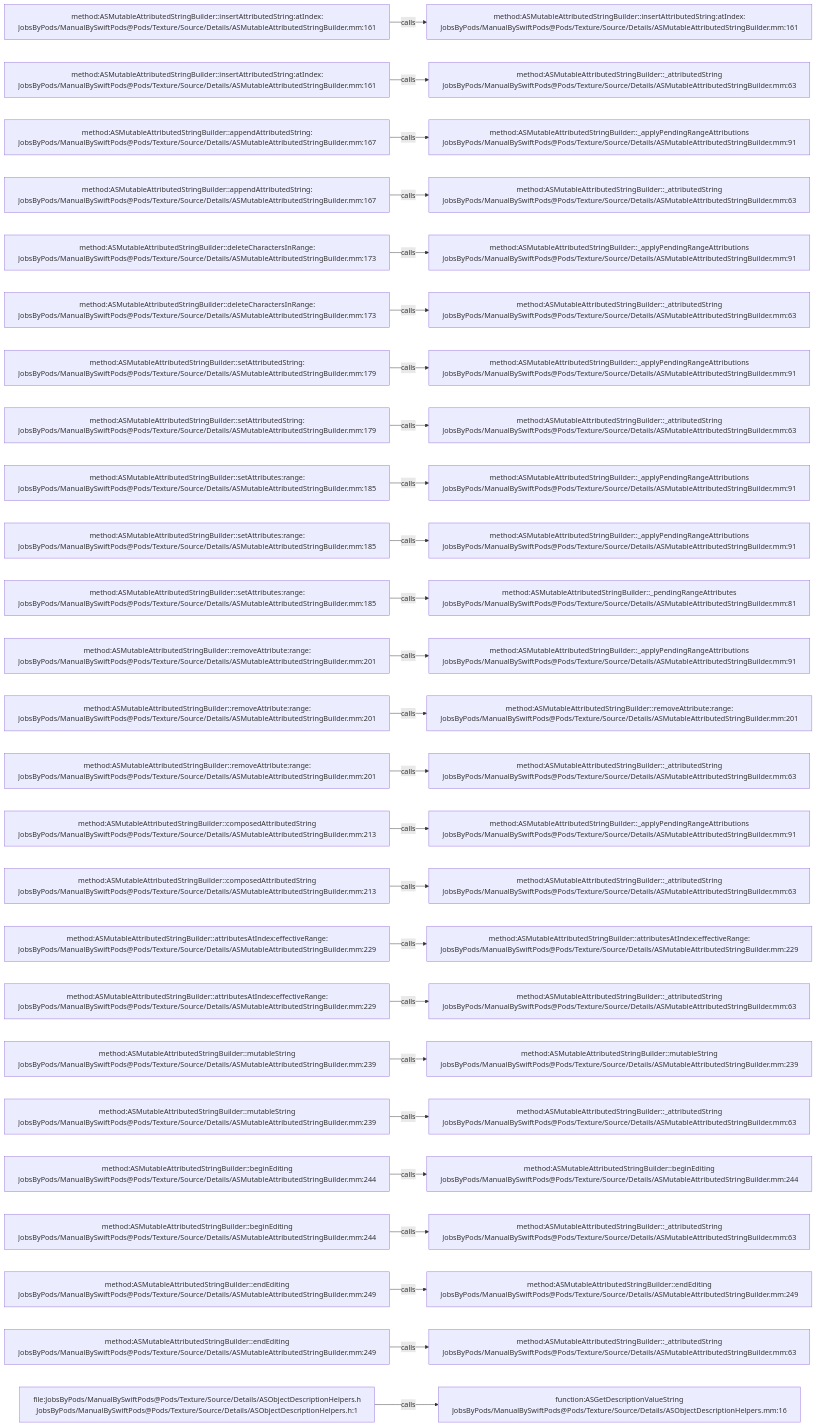
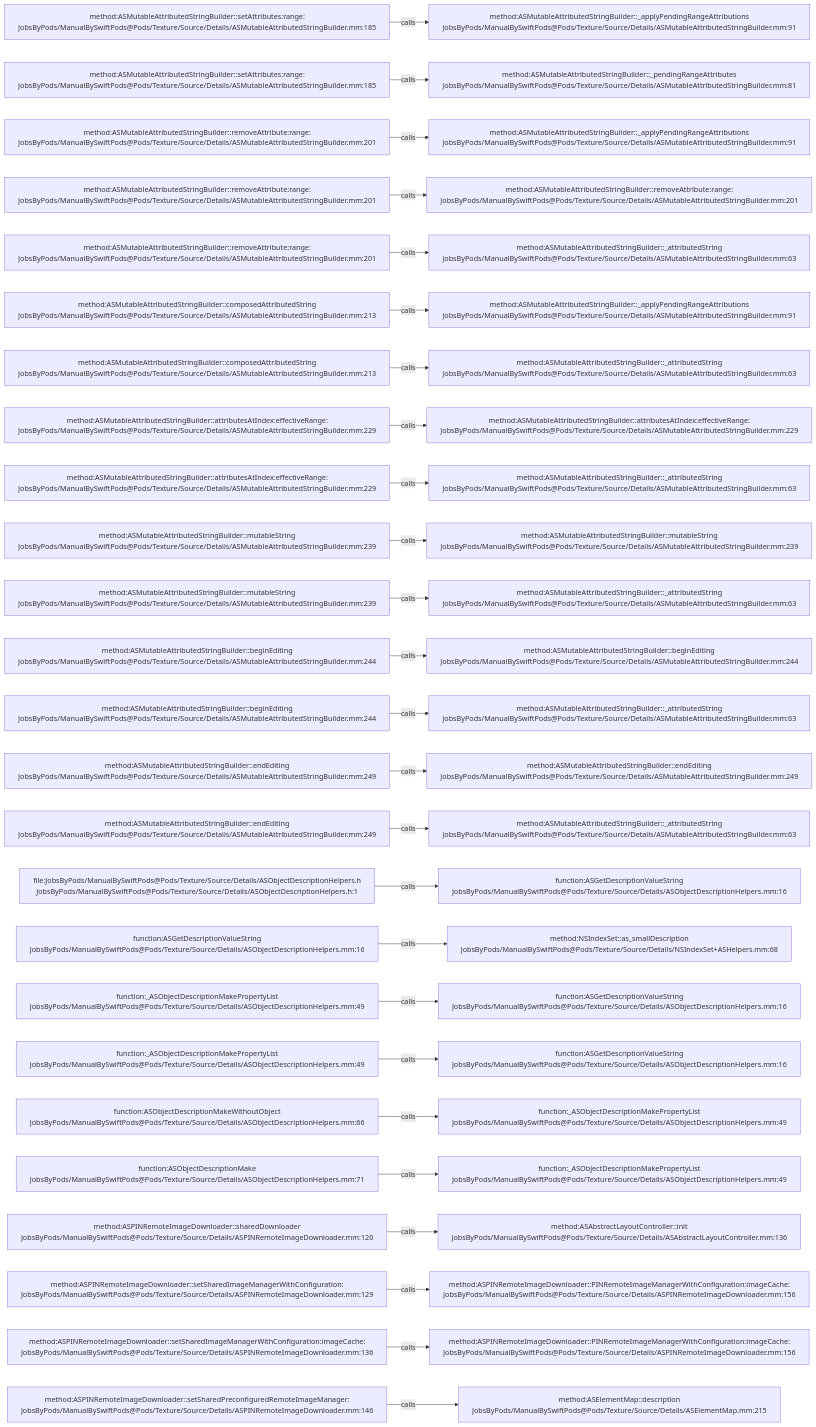
Before and after one commit to JobsKits/JobsSwiftBaseConfigDemo: the diagram in .codegraph/codegraph.md/graphs/calls-091.md, drawn with Mermaid. The commit also changed 707 other files, not shown here.

````diff
--- a/.codegraph/codegraph.md/graphs/calls-091.md
+++ b/.codegraph/codegraph.md/graphs/calls-091.md
@@ -13,78 +13,78 @@
 ```mermaid
 flowchart LR
-  S1["method:ASMutableAttributedStringBuilder::insertAttributedString:atIndex:<br/>JobsByPods/ManualBySwiftPods@Pods/Texture/Source/Details/ASMutableAttributedStringBuilder.mm:161"]
-  T1["method:ASMutableAttributedStringBuilder::insertAttributedString:atIndex:<br/>JobsByPods/ManualBySwiftPods@Pods/Texture/Source/Details/ASMutableAttributedStringBuilder.mm:161"]
+  S1["method:ASMutableAttributedStringBuilder::setAttributes:range:<br/>JobsByPods/ManualBySwiftPods@Pods/Texture/Source/Details/ASMutableAttributedStringBuilder.mm:185"]
+  T1["method:ASMutableAttributedStringBuilder::_applyPendingRangeAttributions<br/>JobsByPods/ManualBySwiftPods@Pods/Texture/Source/Details/ASMutableAttributedStringBuilder.mm:91"]
   S1 -->|calls| T1
-  S2["method:ASMutableAttributedStringBuilder::insertAttributedString:atIndex:<br/>JobsByPods/ManualBySwiftPods@Pods/Texture/Source/Details/ASMutableAttributedStringBuilder.mm:161"]
-  T2["method:ASMutableAttributedStringBuilder::_attributedString<br/>JobsByPods/ManualBySwiftPods@Pods/Texture/Source/Details/ASMutableAttributedStringBuilder.mm:63"]
+  S2["method:ASMutableAttributedStringBuilder::setAttributes:range:<br/>JobsByPods/ManualBySwiftPods@Pods/Texture/Source/Details/ASMutableAttributedStringBuilder.mm:185"]
+  T2["method:ASMutableAttributedStringBuilder::_pendingRangeAttributes<br/>JobsByPods/ManualBySwiftPods@Pods/Texture/Source/Details/ASMutableAttributedStringBuilder.mm:81"]
   S2 -->|calls| T2
-  S3["method:ASMutableAttributedStringBuilder::appendAttributedString:<br/>JobsByPods/ManualBySwiftPods@Pods/Texture/Source/Details/ASMutableAttributedStringBuilder.mm:167"]
+  S3["method:ASMutableAttributedStringBuilder::removeAttribute:range:<br/>JobsByPods/ManualBySwiftPods@Pods/Texture/Source/Details/ASMutableAttributedStringBuilder.mm:201"]
   T3["method:ASMutableAttributedStringBuilder::_applyPendingRangeAttributions<br/>JobsByPods/ManualBySwiftPods@Pods/Texture/Source/Details/ASMutableAttributedStringBuilder.mm:91"]
   S3 -->|calls| T3
-  S4["method:ASMutableAttributedStringBuilder::appendAttributedString:<br/>JobsByPods/ManualBySwiftPods@Pods/Texture/Source/Details/ASMutableAttributedStringBuilder.mm:167"]
-  T4["method:ASMutableAttributedStringBuilder::_attributedString<br/>JobsByPods/ManualBySwiftPods@Pods/Texture/Source/Details/ASMutableAttributedStringBuilder.mm:63"]
+  S4["method:ASMutableAttributedStringBuilder::removeAttribute:range:<br/>JobsByPods/ManualBySwiftPods@Pods/Texture/Source/Details/ASMutableAttributedStringBuilder.mm:201"]
+  T4["method:ASMutableAttributedStringBuilder::removeAttribute:range:<br/>JobsByPods/ManualBySwiftPods@Pods/Texture/Source/Details/ASMutableAttributedStringBuilder.mm:201"]
   S4 -->|calls| T4
-  S5["method:ASMutableAttributedStringBuilder::deleteCharactersInRange:<br/>JobsByPods/ManualBySwiftPods@Pods/Texture/Source/Details/ASMutableAttributedStringBuilder.mm:173"]
-  T5["method:ASMutableAttributedStringBuilder::_applyPendingRangeAttributions<br/>JobsByPods/ManualBySwiftPods@Pods/Texture/Source/Details/ASMutableAttributedStringBuilder.mm:91"]
+  S5["method:ASMutableAttributedStringBuilder::removeAttribute:range:<br/>JobsByPods/ManualBySwiftPods@Pods/Texture/Source/Details/ASMutableAttributedStringBuilder.mm:201"]
+  T5["method:ASMutableAttributedStringBuilder::_attributedString<br/>JobsByPods/ManualBySwiftPods@Pods/Texture/Source/Details/ASMutableAttributedStringBuilder.mm:63"]
   S5 -->|calls| T5
-  S6["method:ASMutableAttributedStringBuilder::deleteCharactersInRange:<br/>JobsByPods/ManualBySwiftPods@Pods/Texture/Source/Details/ASMutableAttributedStringBuilder.mm:173"]
-  T6["method:ASMutableAttributedStringBuilder::_attributedString<br/>JobsByPods/ManualBySwiftPods@Pods/Texture/Source/Details/ASMutableAttributedStringBuilder.mm:63"]
+  S6["method:ASMutableAttributedStringBuilder::composedAttributedString<br/>JobsByPods/ManualBySwiftPods@Pods/Texture/Source/Details/ASMutableAttributedStringBuilder.mm:213"]
+  T6["method:ASMutableAttributedStringBuilder::_applyPendingRangeAttributions<br/>JobsByPods/ManualBySwiftPods@Pods/Texture/Source/Details/ASMutableAttributedStringBuilder.mm:91"]
   S6 -->|calls| T6
-  S7["method:ASMutableAttributedStringBuilder::setAttributedString:<br/>JobsByPods/ManualBySwiftPods@Pods/Texture/Source/Details/ASMutableAttributedStringBuilder.mm:179"]
-  T7["method:ASMutableAttributedStringBuilder::_applyPendingRangeAttributions<br/>JobsByPods/ManualBySwiftPods@Pods/Texture/Source/Details/ASMutableAttributedStringBuilder.mm:91"]
+  S7["method:ASMutableAttributedStringBuilder::composedAttributedString<br/>JobsByPods/ManualBySwiftPods@Pods/Texture/Source/Details/ASMutableAttributedStringBuilder.mm:213"]
+  T7["method:ASMutableAttributedStringBuilder::_attributedString<br/>JobsByPods/ManualBySwiftPods@Pods/Texture/Source/Details/ASMutableAttributedStringBuilder.mm:63"]
   S7 -->|calls| T7
-  S8["method:ASMutableAttributedStringBuilder::setAttributedString:<br/>JobsByPods/ManualBySwiftPods@Pods/Texture/Source/Details/ASMutableAttributedStringBuilder.mm:179"]
-  T8["method:ASMutableAttributedStringBuilder::_attributedString<br/>JobsByPods/ManualBySwiftPods@Pods/Texture/Source/Details/ASMutableAttributedStringBuilder.mm:63"]
+  S8["method:ASMutableAttributedStringBuilder::attributesAtIndex:effectiveRange:<br/>JobsByPods/ManualBySwiftPods@Pods/Texture/Source/Details/ASMutableAttributedStringBuilder.mm:229"]
+  T8["method:ASMutableAttributedStringBuilder::attributesAtIndex:effectiveRange:<br/>JobsByPods/ManualBySwiftPods@Pods/Texture/Source/Details/ASMutableAttributedStringBuilder.mm:229"]
   S8 -->|calls| T8
-  S9["method:ASMutableAttributedStringBuilder::setAttributes:range:<br/>JobsByPods/ManualBySwiftPods@Pods/Texture/Source/Details/ASMutableAttributedStringBuilder.mm:185"]
-  T9["method:ASMutableAttributedStringBuilder::_applyPendingRangeAttributions<br/>JobsByPods/ManualBySwiftPods@Pods/Texture/Source/Details/ASMutableAttributedStringBuilder.mm:91"]
+  S9["method:ASMutableAttributedStringBuilder::attributesAtIndex:effectiveRange:<br/>JobsByPods/ManualBySwiftPods@Pods/Texture/Source/Details/ASMutableAttributedStringBuilder.mm:229"]
+  T9["method:ASMutableAttributedStringBuilder::_attributedString<br/>JobsByPods/ManualBySwiftPods@Pods/Texture/Source/Details/ASMutableAttributedStringBuilder.mm:63"]
   S9 -->|calls| T9
-  S10["method:ASMutableAttributedStringBuilder::setAttributes:range:<br/>JobsByPods/ManualBySwiftPods@Pods/Texture/Source/Details/ASMutableAttributedStringBuilder.mm:185"]
-  T10["method:ASMutableAttributedStringBuilder::_applyPendingRangeAttributions<br/>JobsByPods/ManualBySwiftPods@Pods/Texture/Source/Details/ASMutableAttributedStringBuilder.mm:91"]
+  S10["method:ASMutableAttributedStringBuilder::mutableString<br/>JobsByPods/ManualBySwiftPods@Pods/Texture/Source/Details/ASMutableAttributedStringBuilder.mm:239"]
+  T10["method:ASMutableAttributedStringBuilder::mutableString<br/>JobsByPods/ManualBySwiftPods@Pods/Texture/Source/Details/ASMutableAttributedStringBuilder.mm:239"]
   S10 -->|calls| T10
-  S11["method:ASMutableAttributedStringBuilder::setAttributes:range:<br/>JobsByPods/ManualBySwiftPods@Pods/Texture/Source/Details/ASMutableAttributedStringBuilder.mm:185"]
-  T11["method:ASMutableAttributedStringBuilder::_pendingRangeAttributes<br/>JobsByPods/ManualBySwiftPods@Pods/Texture/Source/Details/ASMutableAttributedStringBuilder.mm:81"]
+  S11["method:ASMutableAttributedStringBuilder::mutableString<br/>JobsByPods/ManualBySwiftPods@Pods/Texture/Source/Details/ASMutableAttributedStringBuilder.mm:239"]
+  T11["method:ASMutableAttributedStringBuilder::_attributedString<br/>JobsByPods/ManualBySwiftPods@Pods/Texture/Source/Details/ASMutableAttributedStringBuilder.mm:63"]
   S11 -->|calls| T11
-  S12["method:ASMutableAttributedStringBuilder::removeAttribute:range:<br/>JobsByPods/ManualBySwiftPods@Pods/Texture/Source/Details/ASMutableAttributedStringBuilder.mm:201"]
-  T12["method:ASMutableAttributedStringBuilder::_applyPendingRangeAttributions<br/>JobsByPods/ManualBySwiftPods@Pods/Texture/Source/Details/ASMutableAttributedStringBuilder.mm:91"]
+  S12["method:ASMutableAttributedStringBuilder::beginEditing<br/>JobsByPods/ManualBySwiftPods@Pods/Texture/Source/Details/ASMutableAttributedStringBuilder.mm:244"]
+  T12["method:ASMutableAttributedStringBuilder::beginEditing<br/>JobsByPods/ManualBySwiftPods@Pods/Texture/Source/Details/ASMutableAttributedStringBuilder.mm:244"]
   S12 -->|calls| T12
-  S13["method:ASMutableAttributedStringBuilder::removeAttribute:range:<br/>JobsByPods/ManualBySwiftPods@Pods/Texture/Source/Details/ASMutableAttributedStringBuilder.mm:201"]
-  T13["method:ASMutableAttributedStringBuilder::removeAttribute:range:<br/>JobsByPods/ManualBySwiftPods@Pods/Texture/Source/Details/ASMutableAttributedStringBuilder.mm:201"]
+  S13["method:ASMutableAttributedStringBuilder::beginEditing<br/>JobsByPods/ManualBySwiftPods@Pods/Texture/Source/Details/ASMutableAttributedStringBuilder.mm:244"]
+  T13["method:ASMutableAttributedStringBuilder::_attributedString<br/>JobsByPods/ManualBySwiftPods@Pods/Texture/Source/Details/ASMutableAttributedStringBuilder.mm:63"]
   S13 -->|calls| T13
-  S14["method:ASMutableAttributedStringBuilder::removeAttribute:range:<br/>JobsByPods/ManualBySwiftPods@Pods/Texture/Source/Details/ASMutableAttributedStringBuilder.mm:201"]
-  T14["method:ASMutableAttributedStringBuilder::_attributedString<br/>JobsByPods/ManualBySwiftPods@Pods/Texture/Source/Details/ASMutableAttributedStringBuilder.mm:63"]
+  S14["method:ASMutableAttributedStringBuilder::endEditing<br/>JobsByPods/ManualBySwiftPods@Pods/Texture/Source/Details/ASMutableAttributedStringBuilder.mm:249"]
+  T14["method:ASMutableAttributedStringBuilder::endEditing<br/>JobsByPods/ManualBySwiftPods@Pods/Texture/Source/Details/ASMutableAttributedStringBuilder.mm:249"]
   S14 -->|calls| T14
-  S15["method:ASMutableAttributedStringBuilder::composedAttributedString<br/>JobsByPods/ManualBySwiftPods@Pods/Texture/Source/Details/ASMutableAttributedStringBuilder.mm:213"]
-  T15["method:ASMutableAttributedStringBuilder::_applyPendingRangeAttributions<br/>JobsByPods/ManualBySwiftPods@Pods/Texture/Source/Details/ASMutableAttributedStringBuilder.mm:91"]
+  S15["method:ASMutableAttributedStringBuilder::endEditing<br/>JobsByPods/ManualBySwiftPods@Pods/Texture/Source/Details/ASMutableAttributedStringBuilder.mm:249"]
+  T15["method:ASMutableAttributedStringBuilder::_attributedString<br/>JobsByPods/ManualBySwiftPods@Pods/Texture/Source/Details/ASMutableAttributedStringBuilder.mm:63"]
   S15 -->|calls| T15
-  S16["method:ASMutableAttributedStringBuilder::composedAttributedString<br/>JobsByPods/ManualBySwiftPods@Pods/Texture/Source/Details/ASMutableAttributedStringBuilder.mm:213"]
-  T16["method:ASMutableAttributedStringBuilder::_attributedString<br/>JobsByPods/ManualBySwiftPods@Pods/Texture/Source/Details/ASMutableAttributedStringBuilder.mm:63"]
+  S16["file:JobsByPods/ManualBySwiftPods@Pods/Texture/Source/Details/ASObjectDescriptionHelpers.h<br/>JobsByPods/ManualBySwiftPods@Pods/Texture/Source/Details/ASObjectDescriptionHelpers.h:1"]
+  T16["function:ASGetDescriptionValueString<br/>JobsByPods/ManualBySwiftPods@Pods/Texture/Source/Details/ASObjectDescriptionHelpers.mm:16"]
   S16 -->|calls| T16
-  S17["method:ASMutableAttributedStringBuilder::attributesAtIndex:effectiveRange:<br/>JobsByPods/ManualBySwiftPods@Pods/Texture/Source/Details/ASMutableAttributedStringBuilder.mm:229"]
-  T17["method:ASMutableAttributedStringBuilder::attributesAtIndex:effectiveRange:<br/>JobsByPods/ManualBySwiftPods@Pods/Texture/Source/Details/ASMutableAttributedStringBuilder.mm:229"]
+  S17["function:ASGetDescriptionValueString<br/>JobsByPods/ManualBySwiftPods@Pods/Texture/Source/Details/ASObjectDescriptionHelpers.mm:16"]
+  T17["method:NSIndexSet::as_smallDescription<br/>JobsByPods/ManualBySwiftPods@Pods/Texture/Source/Details/NSIndexSet+ASHelpers.mm:68"]
   S17 -->|calls| T17
-  S18["method:ASMutableAttributedStringBuilder::attributesAtIndex:effectiveRange:<br/>JobsByPods/ManualBySwiftPods@Pods/Texture/Source/Details/ASMutableAttributedStringBuilder.mm:229"]
-  T18["method:ASMutableAttributedStringBuilder::_attributedString<br/>JobsByPods/ManualBySwiftPods@Pods/Texture/Source/Details/ASMutableAttributedStringBuilder.mm:63"]
+  S18["function:_ASObjectDescriptionMakePropertyList<br/>JobsByPods/ManualBySwiftPods@Pods/Texture/Source/Details/ASObjectDescriptionHelpers.mm:49"]
+  T18["function:ASGetDescriptionValueString<br/>JobsByPods/ManualBySwiftPods@Pods/Texture/Source/Details/ASObjectDescriptionHelpers.mm:16"]
   S18 -->|calls| T18
-  S19["method:ASMutableAttributedStringBuilder::mutableString<br/>JobsByPods/ManualBySwiftPods@Pods/Texture/Source/Details/ASMutableAttributedStringBuilder.mm:239"]
-  T19["method:ASMutableAttributedStringBuilder::mutableString<br/>JobsByPods/ManualBySwiftPods@Pods/Texture/Source/Details/ASMutableAttributedStringBuilder.mm:239"]
+  S19["function:_ASObjectDescriptionMakePropertyList<br/>JobsByPods/ManualBySwiftPods@Pods/Texture/Source/Details/ASObjectDescriptionHelpers.mm:49"]
+  T19["function:ASGetDescriptionValueString<br/>JobsByPods/ManualBySwiftPods@Pods/Texture/Source/Details/ASObjectDescriptionHelpers.mm:16"]
   S19 -->|calls| T19
-  S20["method:ASMutableAttributedStringBuilder::mutableString<br/>JobsByPods/ManualBySwiftPods@Pods/Texture/Source/Details/ASMutableAttributedStringBuilder.mm:239"]
-  T20["method:ASMutableAttributedStringBuilder::_attributedString<br/>JobsByPods/ManualBySwiftPods@Pods/Texture/Source/Details/ASMutableAttributedStringBuilder.mm:63"]
+  S20["function:ASObjectDescriptionMakeWithoutObject<br/>JobsByPods/ManualBySwiftPods@Pods/Texture/Source/Details/ASObjectDescriptionHelpers.mm:66"]
+  T20["function:_ASObjectDescriptionMakePropertyList<br/>JobsByPods/ManualBySwiftPods@Pods/Texture/Source/Details/ASObjectDescriptionHelpers.mm:49"]
   S20 -->|calls| T20
-  S21["method:ASMutableAttributedStringBuilder::beginEditing<br/>JobsByPods/ManualBySwiftPods@Pods/Texture/Source/Details/ASMutableAttributedStringBuilder.mm:244"]
-  T21["method:ASMutableAttributedStringBuilder::beginEditing<br/>JobsByPods/ManualBySwiftPods@Pods/Texture/Source/Details/ASMutableAttributedStringBuilder.mm:244"]
+  S21["function:ASObjectDescriptionMake<br/>JobsByPods/ManualBySwiftPods@Pods/Texture/Source/Details/ASObjectDescriptionHelpers.mm:71"]
+  T21["function:_ASObjectDescriptionMakePropertyList<br/>JobsByPods/ManualBySwiftPods@Pods/Texture/Source/Details/ASObjectDescriptionHelpers.mm:49"]
   S21 -->|calls| T21
-  S22["method:ASMutableAttributedStringBuilder::beginEditing<br/>JobsByPods/ManualBySwiftPods@Pods/Texture/Source/Details/ASMutableAttributedStringBuilder.mm:244"]
-  T22["method:ASMutableAttributedStringBuilder::_attributedString<br/>JobsByPods/ManualBySwiftPods@Pods/Texture/Source/Details/ASMutableAttributedStringBuilder.mm:63"]
+  S22["method:ASPINRemoteImageDownloader::sharedDownloader<br/>JobsByPods/ManualBySwiftPods@Pods/Texture/Source/Details/ASPINRemoteImageDownloader.mm:120"]
+  T22["method:ASAbstractLayoutController::init<br/>JobsByPods/ManualBySwiftPods@Pods/Texture/Source/Details/ASAbstractLayoutController.mm:136"]
   S22 -->|calls| T22
-  S23["method:ASMutableAttributedStringBuilder::endEditing<br/>JobsByPods/ManualBySwiftPods@Pods/Texture/Source/Details/ASMutableAttributedStringBuilder.mm:249"]
-  T23["method:ASMutableAttributedStringBuilder::endEditing<br/>JobsByPods/ManualBySwiftPods@Pods/Texture/Source/Details/ASMutableAttributedStringBuilder.mm:249"]
+  S23["method:ASPINRemoteImageDownloader::setSharedImageManagerWithConfiguration:<br/>JobsByPods/ManualBySwiftPods@Pods/Texture/Source/Details/ASPINRemoteImageDownloader.mm:129"]
+  T23["method:ASPINRemoteImageDownloader::PINRemoteImageManagerWithConfiguration:imageCache:<br/>JobsByPods/ManualBySwiftPods@Pods/Texture/Source/Details/ASPINRemoteImageDownloader.mm:156"]
   S23 -->|calls| T23
-  S24["method:ASMutableAttributedStringBuilder::endEditing<br/>JobsByPods/ManualBySwiftPods@Pods/Texture/Source/Details/ASMutableAttributedStringBuilder.mm:249"]
-  T24["method:ASMutableAttributedStringBuilder::_attributedString<br/>JobsByPods/ManualBySwiftPods@Pods/Texture/Source/Details/ASMutableAttributedStringBuilder.mm:63"]
+  S24["method:ASPINRemoteImageDownloader::setSharedImageManagerWithConfiguration:imageCache:<br/>JobsByPods/ManualBySwiftPods@Pods/Texture/Source/Details/ASPINRemoteImageDownloader.mm:136"]
+  T24["method:ASPINRemoteImageDownloader::PINRemoteImageManagerWithConfiguration:imageCache:<br/>JobsByPods/ManualBySwiftPods@Pods/Texture/Source/Details/ASPINRemoteImageDownloader.mm:156"]
   S24 -->|calls| T24
-  S25["file:JobsByPods/ManualBySwiftPods@Pods/Texture/Source/Details/ASObjectDescriptionHelpers.h<br/>JobsByPods/ManualBySwiftPods@Pods/Texture/Source/Details/ASObjectDescriptionHelpers.h:1"]
-  T25["function:ASGetDescriptionValueString<br/>JobsByPods/ManualBySwiftPods@Pods/Texture/Source/Details/ASObjectDescriptionHelpers.mm:16"]
+  S25["method:ASPINRemoteImageDownloader::setSharedPreconfiguredRemoteImageManager:<br/>JobsByPods/ManualBySwiftPods@Pods/Texture/Source/Details/ASPINRemoteImageDownloader.mm:146"]
+  T25["method:ASElementMap::description<br/>JobsByPods/ManualBySwiftPods@Pods/Texture/Source/Details/ASElementMap.mm:215"]
   S25 -->|calls| T25
 ```
````
